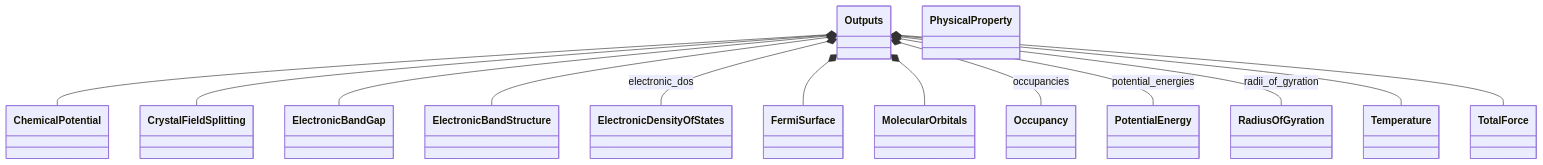
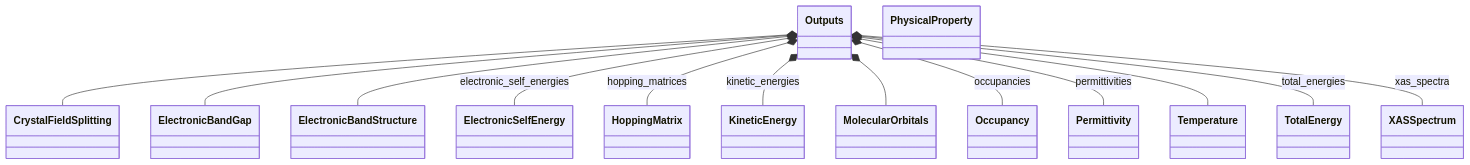
One commit to FAIRmat-NFDI/nomad-simulations changed the first of 2 diagrams in docs/schema/outputs.diagram.md. Above: the diagram before and after it, drawn with Mermaid. The commit also changed 1 other file, not shown here.

Commit message:
linting(2)

````diff
--- a/docs/schema/outputs.diagram.md
+++ b/docs/schema/outputs.diagram.md
@@ -14,43 +14,43 @@
 ```mermaid
 classDiagram
-    class ChemicalPotential {
-    }
     class CrystalFieldSplitting {
     }
     class ElectronicBandGap {
     }
     class ElectronicBandStructure {
     }
-    class ElectronicDensityOfStates {
+    class ElectronicSelfEnergy {
     }
-    class FermiSurface {
+    class HoppingMatrix {
+    }
+    class KineticEnergy {
     }
     class MolecularOrbitals {
     }
     class Occupancy {
     }
     class Outputs {
     }
+    class Permittivity {
+    }
     class PhysicalProperty {
-    }
-    class PotentialEnergy {
-    }
-    class RadiusOfGyration {
     }
     class Temperature {
     }
-    class TotalForce {
+    class TotalEnergy {
     }
-    Outputs *-- ChemicalPotential
+    class XASSpectrum {
+    }
     Outputs *-- CrystalFieldSplitting
     Outputs *-- ElectronicBandGap
     Outputs *-- ElectronicBandStructure
-    Outputs *-- ElectronicDensityOfStates : electronic_dos
-    Outputs *-- FermiSurface
+    Outputs *-- ElectronicSelfEnergy : electronic_self_energies
+    Outputs *-- HoppingMatrix : hopping_matrices
+    Outputs *-- KineticEnergy : kinetic_energies
     Outputs *-- MolecularOrbitals
     Outputs *-- Occupancy : occupancies
-    Outputs *-- PotentialEnergy : potential_energies
-    Outputs *-- RadiusOfGyration : radii_of_gyration
+    Outputs *-- Permittivity : permittivities
     Outputs *-- Temperature
-    Outputs *-- TotalForce
+    Outputs *-- TotalEnergy : total_energies
+    Outputs *-- XASSpectrum : xas_spectra
 ```
````
